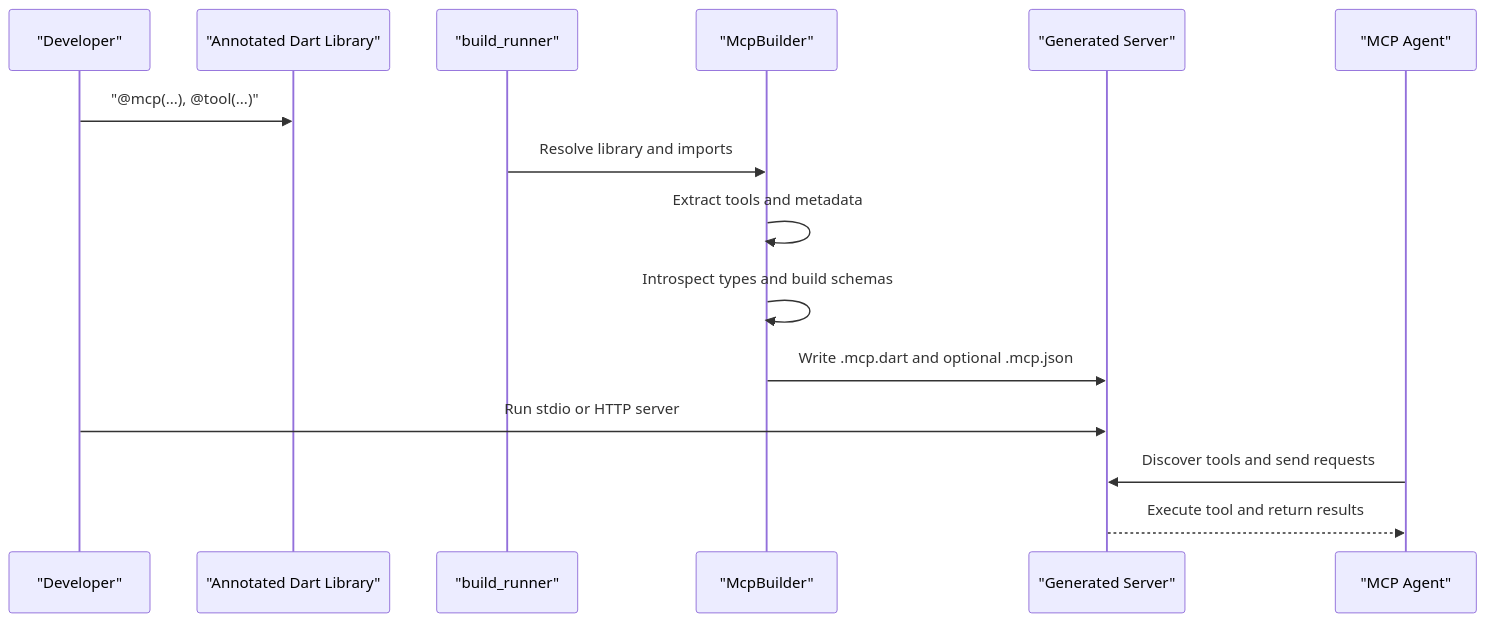
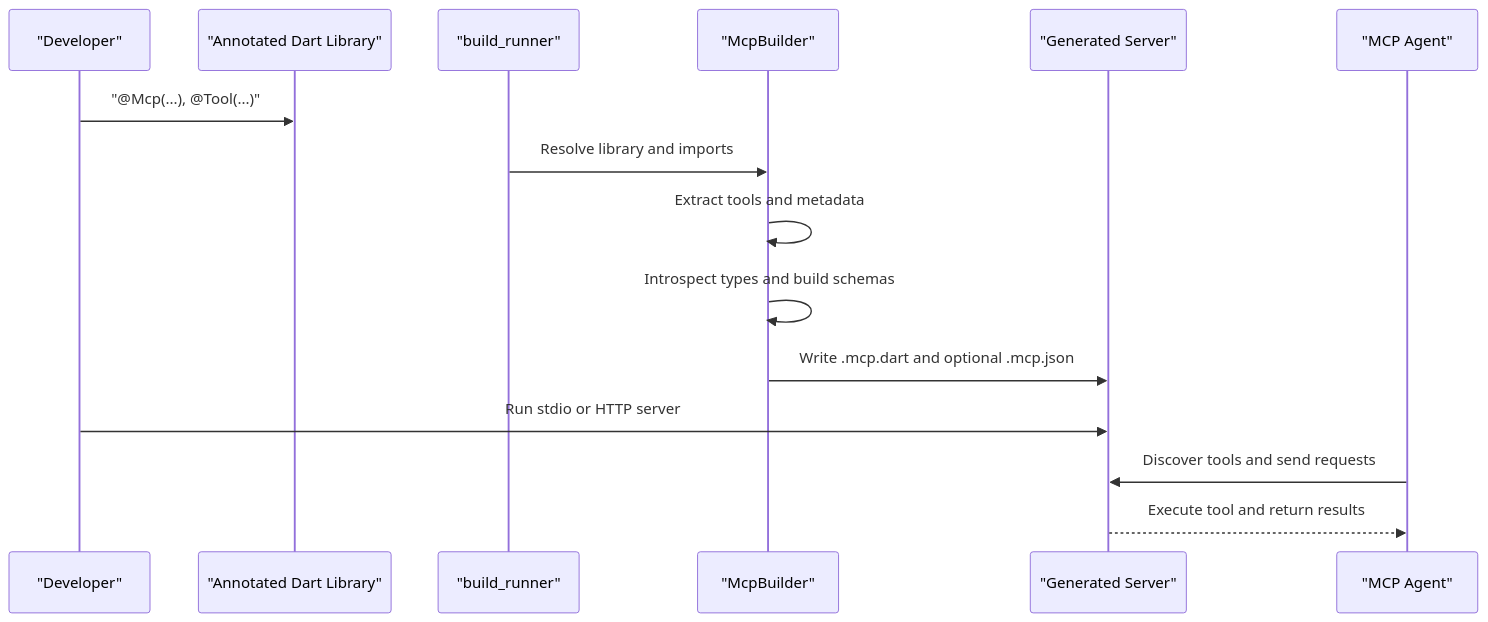
The second of 6 diagrams in .qoder/repowiki/en/content/Core Concepts/Model Context Protocol Fundamentals.md (cdavis-code/easy_mcp_workspace), drawn with Mermaid before and after one commit. The commit also changed other lines of this file and 14 other files, not shown here.

````diff
--- a/.qoder/repowiki/en/content/Core Concepts/Model Context Protocol Fundamentals.md
+++ b/.qoder/repowiki/en/content/Core Concepts/Model Context Protocol Fundamentals.md
@@ -116,17 +125,17 @@
 ```mermaid
 sequenceDiagram
 participant Dev as "Developer"
 participant Lib as "Annotated Dart Library"
 participant BR as "build_runner"
 participant MB as "McpBuilder"
 participant Gen as "Generated Server"
 participant Agent as "MCP Agent"
-Dev->>Lib : "@mcp(...), @tool(...)"
+Dev->>Lib : "@Mcp(...), @Tool(...)"
 BR->>MB : Resolve library and imports
 MB->>MB : Extract tools and metadata
 MB->>MB : Introspect types and build schemas
 MB->>Gen : Write .mcp.dart and optional .mcp.json
 Dev->>Gen : Run stdio or HTTP server
 Agent->>Gen : Discover tools and send requests
 Gen-->>Agent : Execute tool and return results
 ```
````
